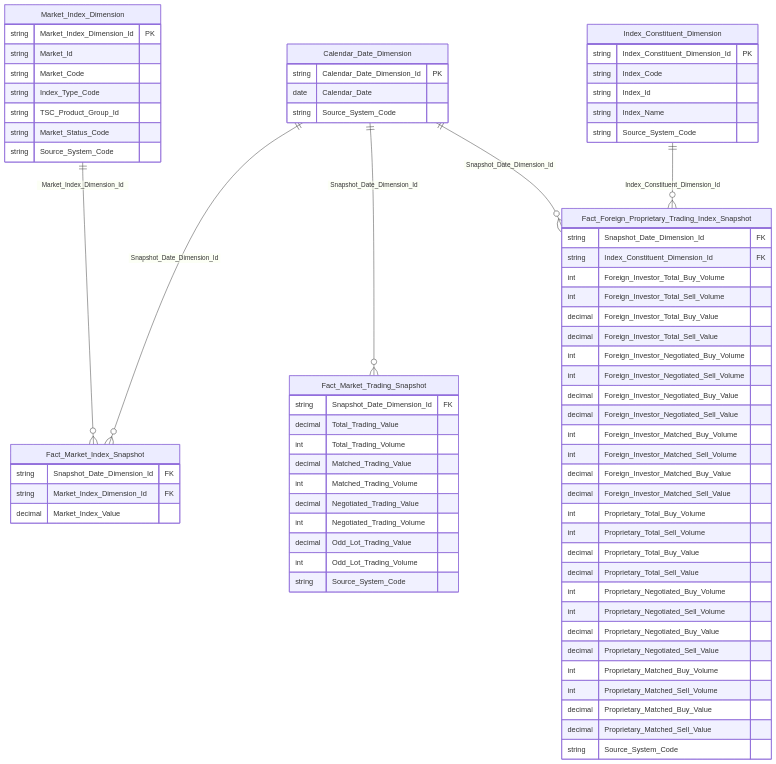
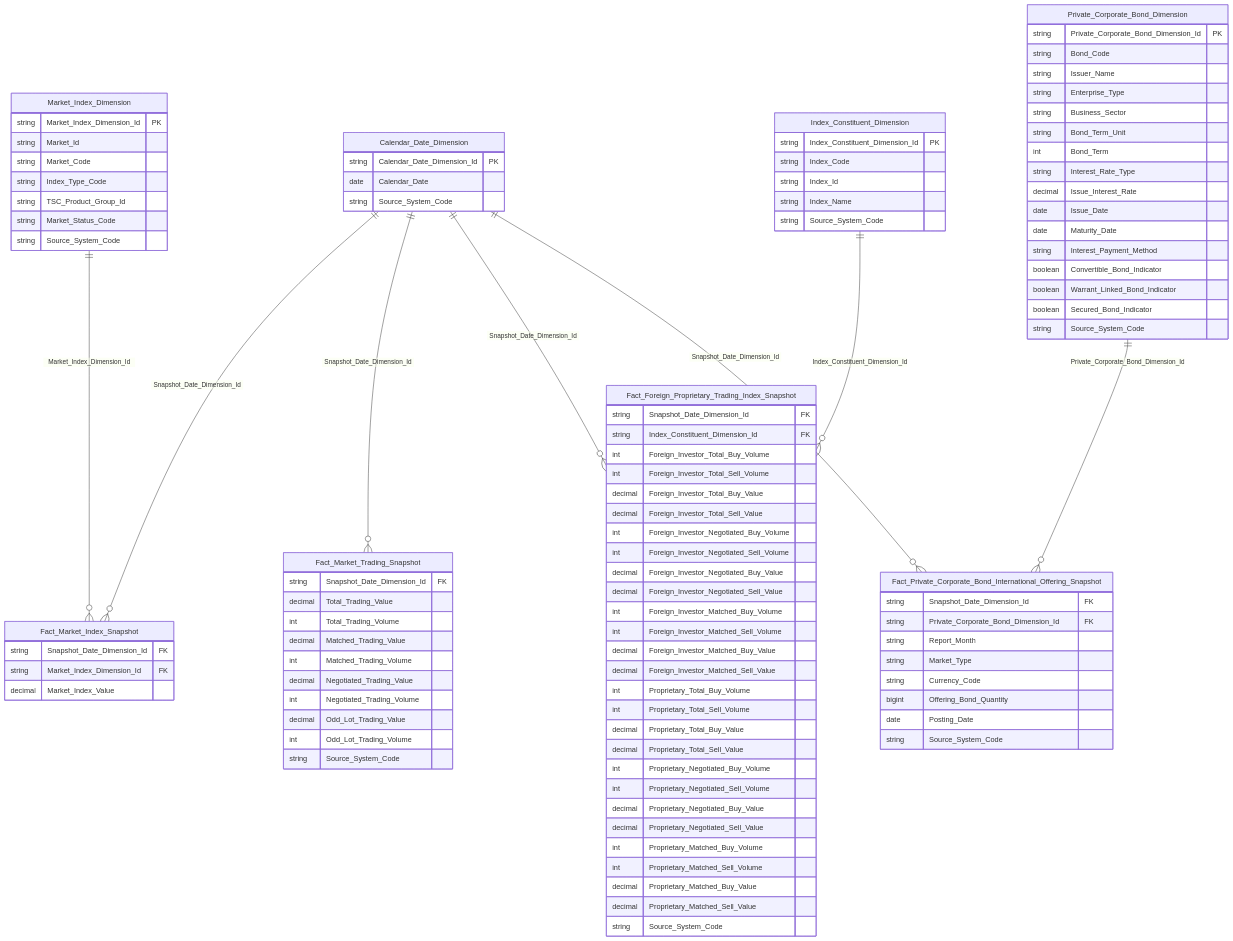
One commit to linhlvit/ubck_atomic_design changed the diagram in Datamart/hld/DTM_TKNB_Entities.md. Above: the diagram before and after it, drawn with Mermaid. The commit also changed other lines of this file and 21 other files, not shown here.

````diff
--- a/Datamart/hld/DTM_TKNB_Entities.md
+++ b/Datamart/hld/DTM_TKNB_Entities.md
@@ -81,4 +81,34 @@
     Calendar_Date_Dimension ||--o{ Fact_Market_Trading_Snapshot : "Snapshot_Date_Dimension_Id"
     Calendar_Date_Dimension ||--o{ Fact_Foreign_Proprietary_Trading_Index_Snapshot : "Snapshot_Date_Dimension_Id"
     Index_Constituent_Dimension ||--o{ Fact_Foreign_Proprietary_Trading_Index_Snapshot : "Index_Constituent_Dimension_Id"
+    Private_Corporate_Bond_Dimension {
+        string Private_Corporate_Bond_Dimension_Id PK
+        string Bond_Code
+        string Issuer_Name
+        string Enterprise_Type
+        string Business_Sector
+        string Bond_Term_Unit
+        int Bond_Term
+        string Interest_Rate_Type
+        decimal Issue_Interest_Rate
+        date Issue_Date
+        date Maturity_Date
+        string Interest_Payment_Method
+        boolean Convertible_Bond_Indicator
+        boolean Warrant_Linked_Bond_Indicator
+        boolean Secured_Bond_Indicator
+        string Source_System_Code
+    }
+    Fact_Private_Corporate_Bond_International_Offering_Snapshot {
+        string Snapshot_Date_Dimension_Id FK
+        string Private_Corporate_Bond_Dimension_Id FK
+        string Report_Month
+        string Market_Type
+        string Currency_Code
+        bigint Offering_Bond_Quantity
+        date Posting_Date
+        string Source_System_Code
+    }
+    Calendar_Date_Dimension ||--o{ Fact_Private_Corporate_Bond_International_Offering_Snapshot : "Snapshot_Date_Dimension_Id"
+    Private_Corporate_Bond_Dimension ||--o{ Fact_Private_Corporate_Bond_International_Offering_Snapshot : "Private_Corporate_Bond_Dimension_Id"
 ```
````
